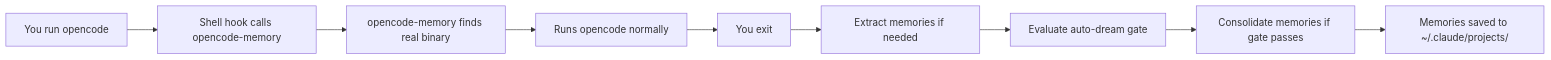
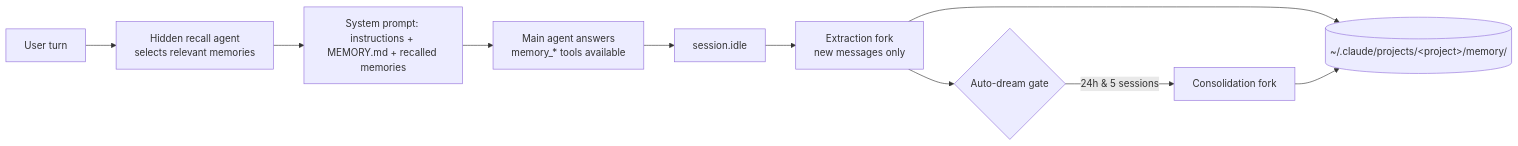
One commit to qunqin24/opendock changed the diagram in src/data/readme/opencode-claude-memory.md. Above: the diagram before and after it, drawn with Mermaid. The commit also changed other lines of this file and 38 other files, not shown here.

````diff
--- a/src/data/readme/opencode-claude-memory.md
+++ b/src/data/readme/opencode-claude-memory.md
@@ -127,11 +45,12 @@
 ```mermaid
 graph LR
-    A[You run opencode] --> B[Shell hook calls opencode-memory]
-    B --> C[opencode-memory finds real binary]
-    C --> D[Runs opencode normally]
-    D --> E[You exit]
-    E --> F[Extract memories if needed]
-    F --> G[Evaluate auto-dream gate]
-    G --> H[Consolidate memories if gate passes]
-    H --> I[Memories saved to ~/.claude/projects/]
+    U[User turn] --> R[Hidden recall agent<br/>selects relevant memories]
+    R --> S[System prompt: instructions + MEMORY.md + recalled memories]
+    S --> A[Main agent answers<br/>memory_* tools available]
+    A --> I[session.idle]
+    I --> E[Extraction fork<br/>new messages only]
+    E --> M[(~/.claude/projects/&lt;project&gt;/memory/)]
+    E --> D{Auto-dream gate}
+    D -->|24h & 5 sessions| C[Consolidation fork]
+    C --> M
 ```
````
